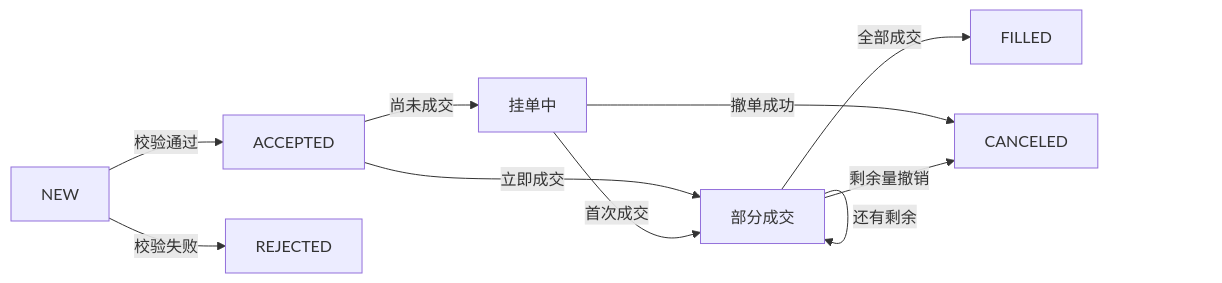
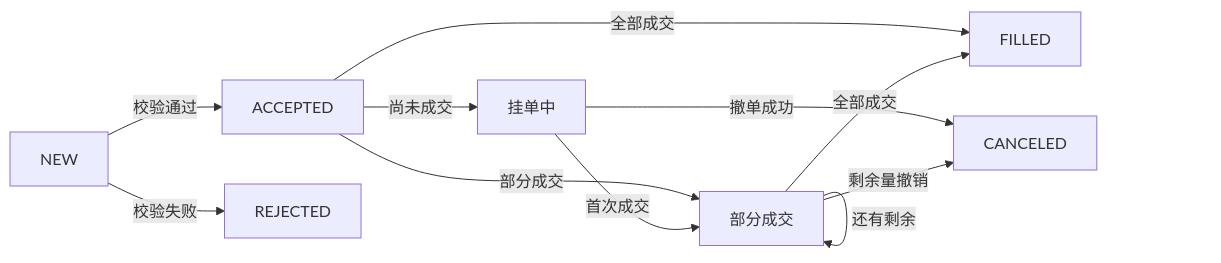
Before and after one commit to xiaoheng008/futures: the diagram in content/book/ch02-order-acceptance/_index.md, drawn with Mermaid. The commit also changed 4 other files, not shown here.

````diff
--- a/content/book/ch02-order-acceptance/_index.md
+++ b/content/book/ch02-order-acceptance/_index.md
@@ -28,12 +28,13 @@
 ```mermaid
 flowchart LR
   N[NEW] -->|校验通过| A[ACCEPTED]
   N -->|校验失败| R[REJECTED]
   A -->|尚未成交| O[挂单中]
-  A -->|立即成交| P[部分成交]
+  A -->|部分成交| P[部分成交]
+  A -->|全部成交| F[FILLED]
   O -->|首次成交| P
   P -->|还有剩余| P
   P -->|全部成交| F[FILLED]
   O -->|撤单成功| C[CANCELED]
   P -->|剩余量撤销| C
 ```
````
